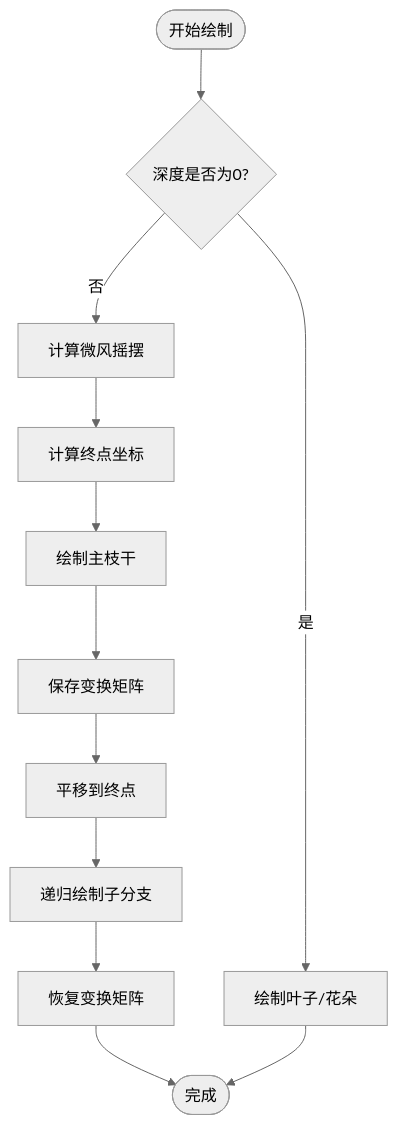
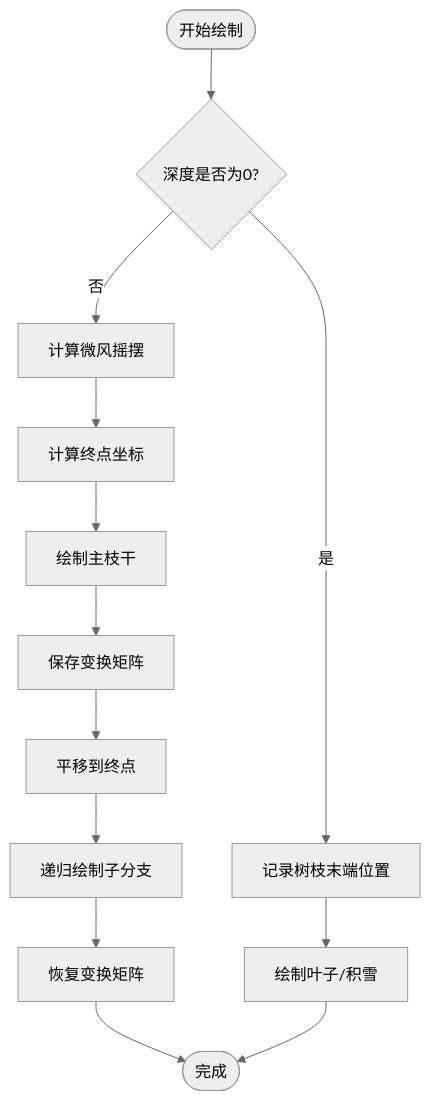
One commit to yuyezhizhi/yuyezhizhi.github.io changed the fourth of 15 diagrams in .qoder/repowiki/zh/content/Fractal Tree Animation.md. Above: the diagram before and after it, drawn with Mermaid (neutral theme). The commit also changed other lines of this file and 14 other files, not shown here.

````diff
--- a/.qoder/repowiki/zh/content/Fractal Tree Animation.md
+++ b/.qoder/repowiki/zh/content/Fractal Tree Animation.md
@@ -157,14 +161,15 @@
 ```mermaid
 flowchart TD
 Start([开始绘制]) --> CheckDepth{深度是否为0?}
-CheckDepth --> |是| DrawLeaf[绘制叶子/花朵]
+CheckDepth --> |是| RecordPoint[记录树枝末端位置]
+RecordPoint --> DrawLeaf[绘制叶子/积雪]
 CheckDepth --> |否| CalculateWind[计算微风摇摆]
 CalculateWind --> CalcEnd[计算终点坐标]
 CalcEnd --> DrawBranchLine[绘制主枝干]
 DrawBranchLine --> PushMatrix[保存变换矩阵]
 PushMatrix --> Translate[平移到终点]
 Translate --> RecursiveCall[递归绘制子分支]
 RecursiveCall --> PopMatrix[恢复变换矩阵]
 PopMatrix --> End([完成])
 DrawLeaf --> End
 ```
````
